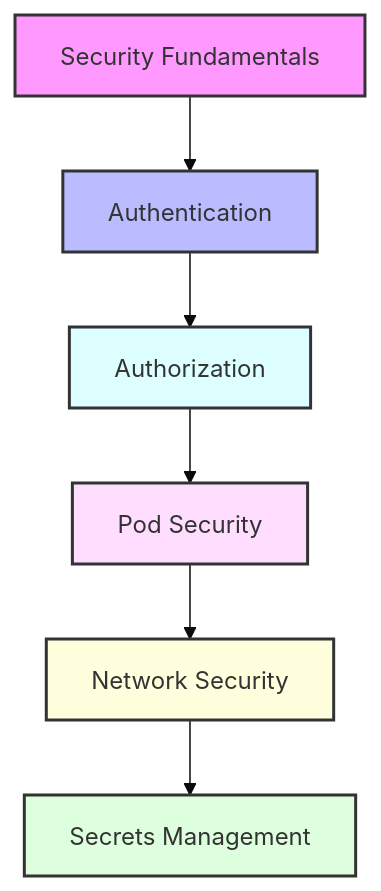
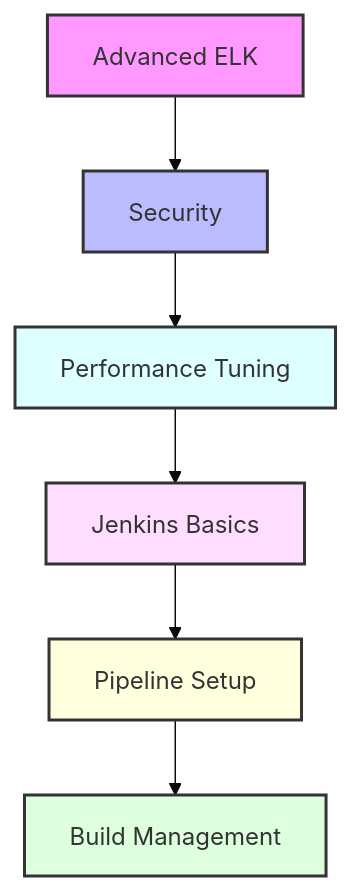
The diagram in days/day-12/README.md (dbsectrainer/devOps_tools), drawn with Mermaid (base theme) before and after one commit. The commit also changed other lines of this file and 35 other files, not shown here.

````diff
--- a/days/day-12/README.md
+++ b/days/day-12/README.md
@@ -6,15 +8,15 @@
 ```mermaid
 graph TD
-    A[Security Fundamentals] --> B[Authentication]
-    B --> C[Authorization]
-    C --> D[Pod Security]
-    D --> E[Network Security]
-    E --> F[Secrets Management]
+    A[Advanced ELK] --> B[Security]
+    B --> C[Performance Tuning]
+    C --> D[Jenkins Basics]
+    D --> E[Pipeline Setup]
+    E --> F[Build Management]
 
     style A fill:#f9f,stroke:#333,stroke-width:2px
     style B fill:#bbf,stroke:#333,stroke-width:2px
     style C fill:#dff,stroke:#333,stroke-width:2px
     style D fill:#fdf,stroke:#333,stroke-width:2px
     style E fill:#ffd,stroke:#333,stroke-width:2px
     style F fill:#dfd,stroke:#333,stroke-width:2px
 ```
````
